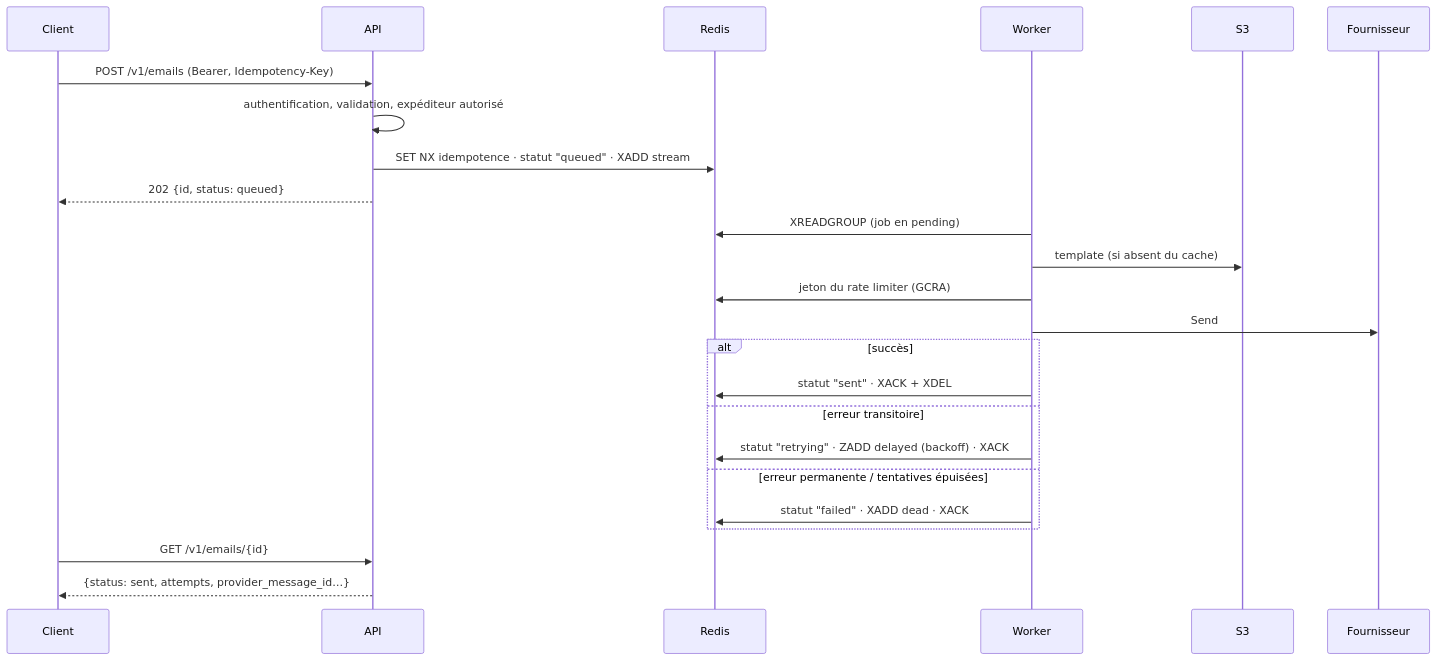
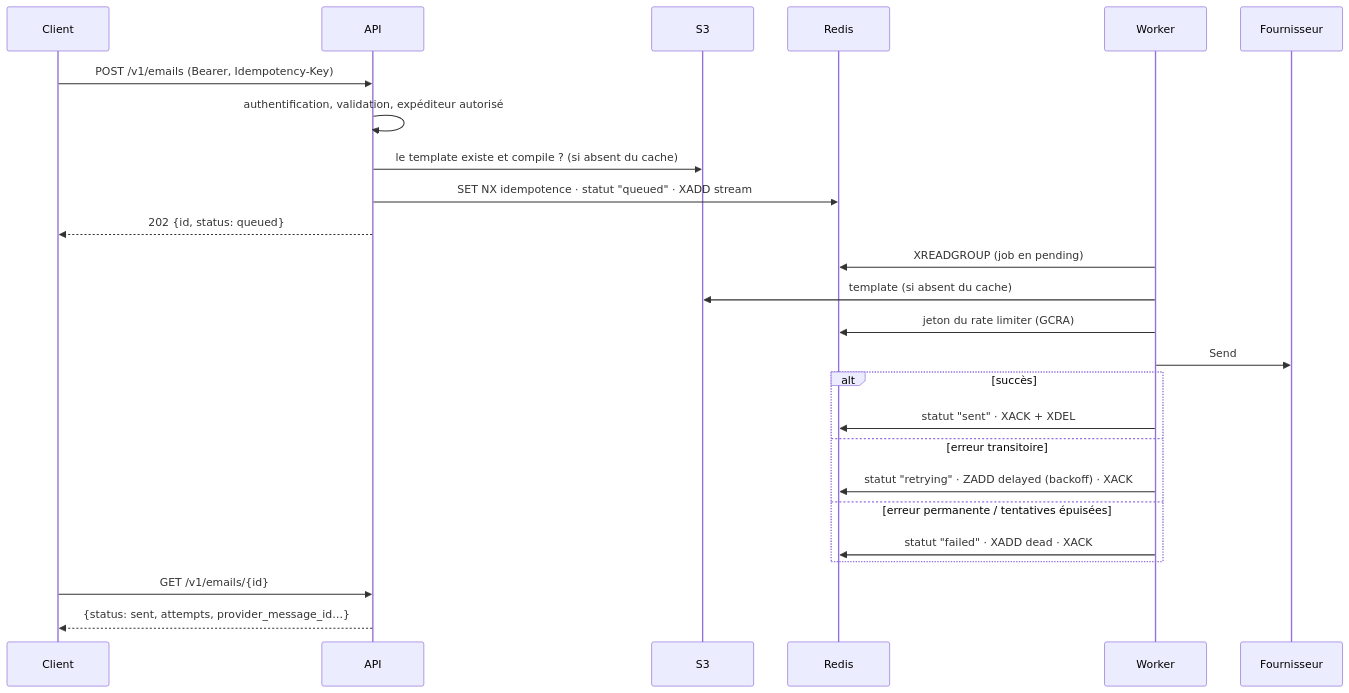
One commit to theo-mrn/Kourrier changed the second of 2 diagrams in docs/architecture.md. Above: the diagram before and after it, drawn with Mermaid. The commit also changed other lines of this file and 12 other files, not shown here.

````diff
--- a/docs/architecture.md
+++ b/docs/architecture.md
@@ -31,27 +32,28 @@
 ```mermaid
 sequenceDiagram
     participant C as Client
     participant A as API
+    participant S as S3
     participant R as Redis
     participant W as Worker
-    participant S as S3
     participant P as Fournisseur
 
     C->>A: POST /v1/emails (Bearer, Idempotency-Key)
     A->>A: authentification, validation, expéditeur autorisé
+    A->>S: le template existe et compile ? (si absent du cache)
     A->>R: SET NX idempotence · statut "queued" · XADD stream
     A-->>C: 202 {id, status: queued}
     W->>R: XREADGROUP (job en pending)
     W->>S: template (si absent du cache)
     W->>R: jeton du rate limiter (GCRA)
     W->>P: Send
     alt succès
         W->>R: statut "sent" · XACK + XDEL
     else erreur transitoire
         W->>R: statut "retrying" · ZADD delayed (backoff) · XACK
     else erreur permanente / tentatives épuisées
         W->>R: statut "failed" · XADD dead · XACK
     end
     C->>A: GET /v1/emails/{id}
     A-->>C: {status: sent, attempts, provider_message_id…}
 ```
````
